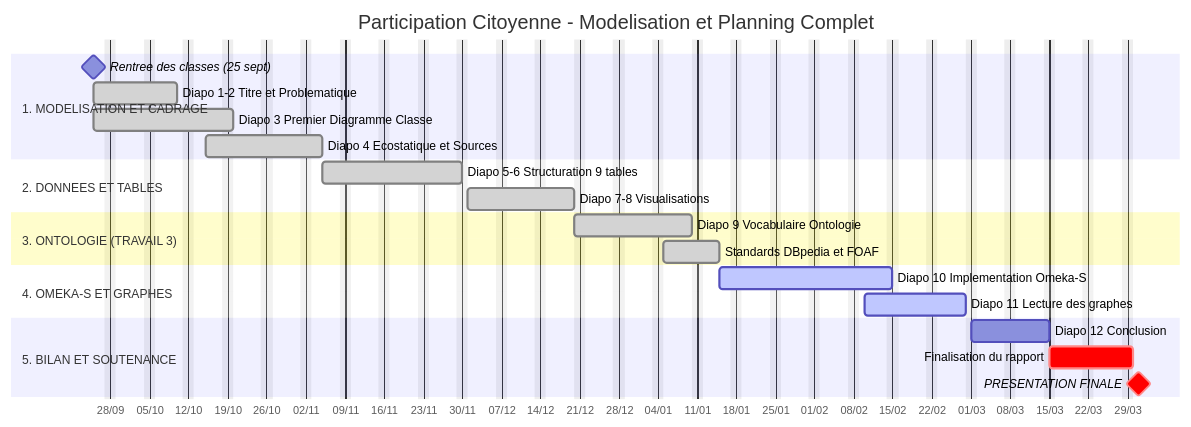
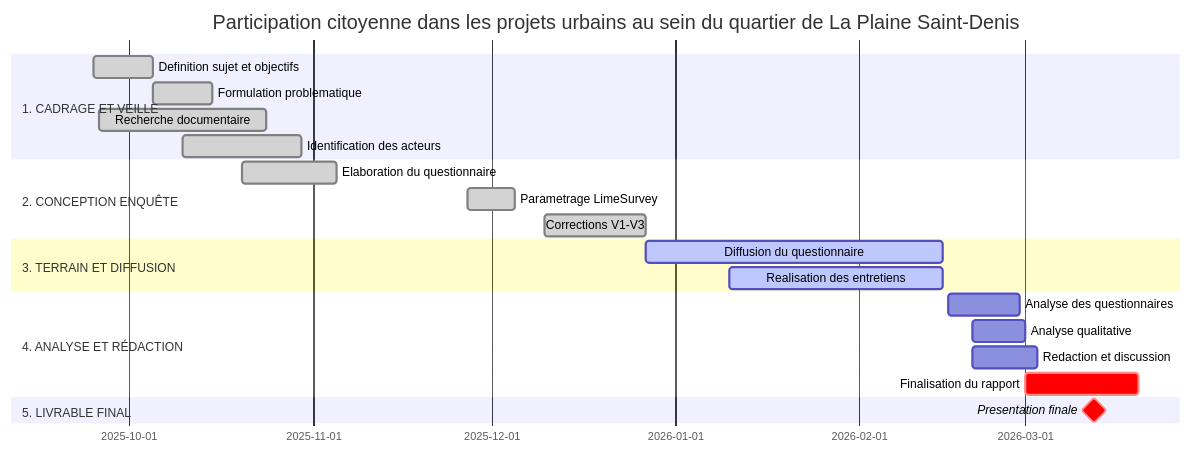
The diagram in etatAvancement.md (kahiarchi/LeBatiment_PlaineSaintDenis), drawn with Mermaid before and after one commit.

````diff
--- a/etatAvancement.md
+++ b/etatAvancement.md
@@ -1,33 +1,29 @@
 ```mermaid
 gantt
+    
+    title Participation citoyenne dans les projets urbains au sein du quartier de La Plaine Saint-Denis
     dateFormat  YYYY-MM-DD
-    title Participation Citoyenne - Modelisation et Planning Complet
-    axisFormat  %d/%m
-    tickInterval 1week
-    excludes    weekends
+    section 1. CADRAGE ET VEILLE
+    Definition sujet et objectifs    :done, t1, 2025-09-25, 2025-10-05
+    Formulation problematique        :done, t2, 2025-10-05, 2025-10-15
+    Recherche documentaire           :done, t3, 2025-09-26, 2025-10-24
+    Identification des acteurs       :done, t4, 2025-10-10, 2025-10-30
 
-    section 1. MODELISATION ET CADRAGE
-    Rentree des classes (25 sept)    :milestone, m1, 2025-09-25, 0d
-    Diapo 1-2 Titre et Problematique :done, t1, 2025-09-25, 2025-10-10
-    Diapo 3 Premier Diagramme Classe :done, t2, 2025-09-25, 2025-10-20
-    Diapo 4 Ecostatique et Sources   :done, t3, 2025-10-15, 2025-11-05
+    section 2. CONCEPTION ENQUÊTE
+    Elaboration du questionnaire     :done, t7, 2025-10-20, 2025-11-05
+    Parametrage LimeSurvey           :done, t8, 2025-11-27, 2025-12-05
+    Corrections V1-V3                :done, t9, 2025-12-10, 2025-12-27
 
-    section 2. DONNEES ET TABLES
-    Diapo 5-6 Structuration 9 tables :done, t4, 2025-11-05, 2025-11-30
-    Diapo 7-8 Visualisations         :done, t5, 2025-12-01, 2025-12-20
+    section 3. TERRAIN ET DIFFUSION
+    Diffusion du questionnaire       :active, t12, 2025-12-27, 2026-02-15
+    Realisation des entretiens       :active, t15, 2026-01-10, 2026-02-15
 
-    section 3. ONTOLOGIE (TRAVAIL 3)
-    Diapo 9 Vocabulaire Ontologie    :done, t6, 2025-12-20, 2026-01-10
-    Standards DBpedia et FOAF        :done, t7, 2026-01-05, 2026-01-15
+    section 4. ANALYSE ET RÉDACTION
+    Analyse des questionnaires       :t16, 2026-02-16, 2026-02-28
+    Analyse qualitative              :t17, 2026-02-20, 2026-03-01
+    Redaction et discussion          :t18, 2026-02-20, 2026-03-03
+    Finalisation du rapport          :crit, t19, 2026-03-01, 2026-03-20
 
-    section 4. OMEKA-S ET GRAPHES
-    Diapo 10 Implementation Omeka-S  :active, t8, 2026-01-15, 2026-02-15
-    Diapo 11 Lecture des graphes     :active, t9, 2026-02-10, 2026-02-28
-
-    section 5. BILAN ET SOUTENANCE
-    Diapo 12 Conclusion              :t10, 2026-03-01, 2026-03-15
-    Finalisation du rapport          :crit, t11, 2026-03-15, 2026-03-30
-    PRESENTATION FINALE              :crit, milestone, 2026-03-31, 0d
-
-
+    section 5. LIVRABLE FINAL
+    Presentation finale              :crit, milestone, 2026-03-05
 ```
````
